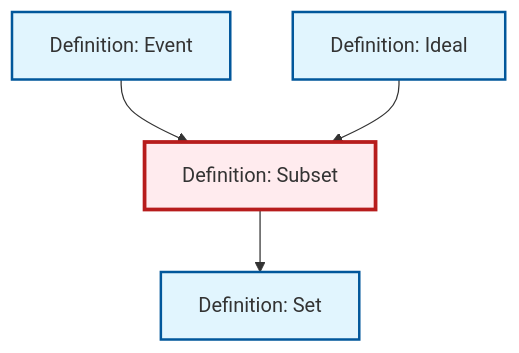
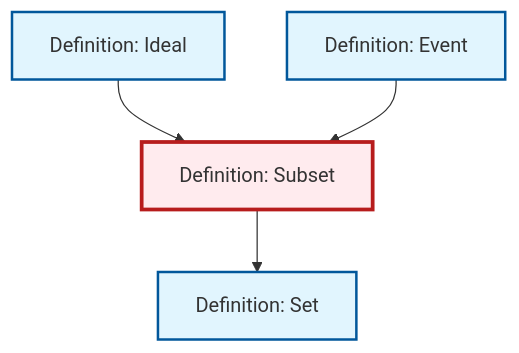
Before and after one commit to RK0429/ModernMath: the diagram in content/en/logic-set-theory/def-subset.qmd, drawn with Mermaid. The commit also changed other lines of this file and 615 other files, not shown here.

````diff
--- a/content/en/logic-set-theory/def-subset.qmd
+++ b/content/en/logic-set-theory/def-subset.qmd
@@ -49,20 +49,20 @@
 ```{mermaid}
 %%| fig-cap: "Local dependency graph"
 graph TD
     classDef definition fill:#e1f5fe,stroke:#01579b,stroke-width:2px
     classDef theorem fill:#f3e5f5,stroke:#4a148c,stroke-width:2px
     classDef axiom fill:#fff3e0,stroke:#e65100,stroke-width:2px
     classDef example fill:#e8f5e9,stroke:#1b5e20,stroke-width:2px
     classDef current fill:#ffebee,stroke:#b71c1c,stroke-width:3px
-    def-ideal["Definition: Ideal"]:::definition
     def-subset["Definition: Subset"]:::definition
     def-set["Definition: Set"]:::definition
+    def-ideal["Definition: Ideal"]:::definition
     def-event["Definition: Event"]:::definition
     def-subset --> def-set
+    def-ideal --> def-subset
     def-event --> def-subset
-    def-ideal --> def-subset
     class def-subset current
+    click def-set "def-set.html" "Go to Set definition"
     click def-ideal "def-ideal.html" "Go to Ideal definition"
-    click def-set "def-set.html" "Go to Set definition"
     click def-event "def-event.html" "Go to Event definition"
 ```
````
